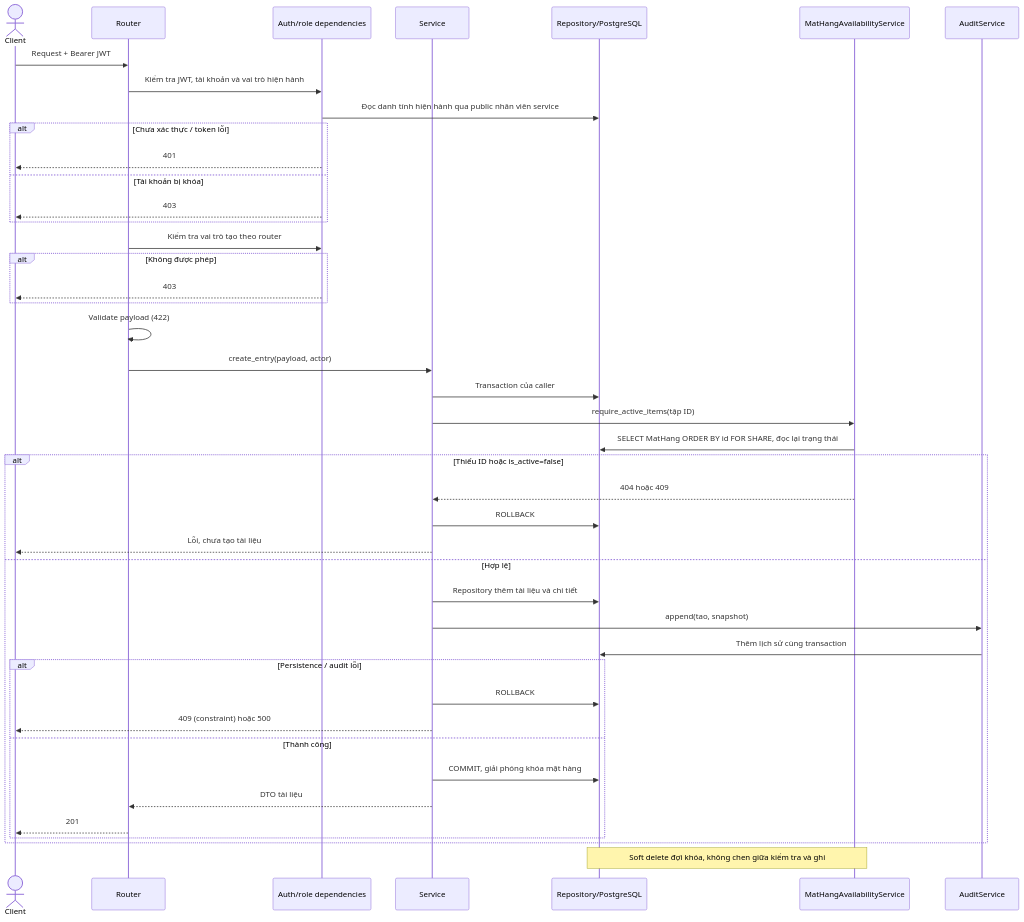
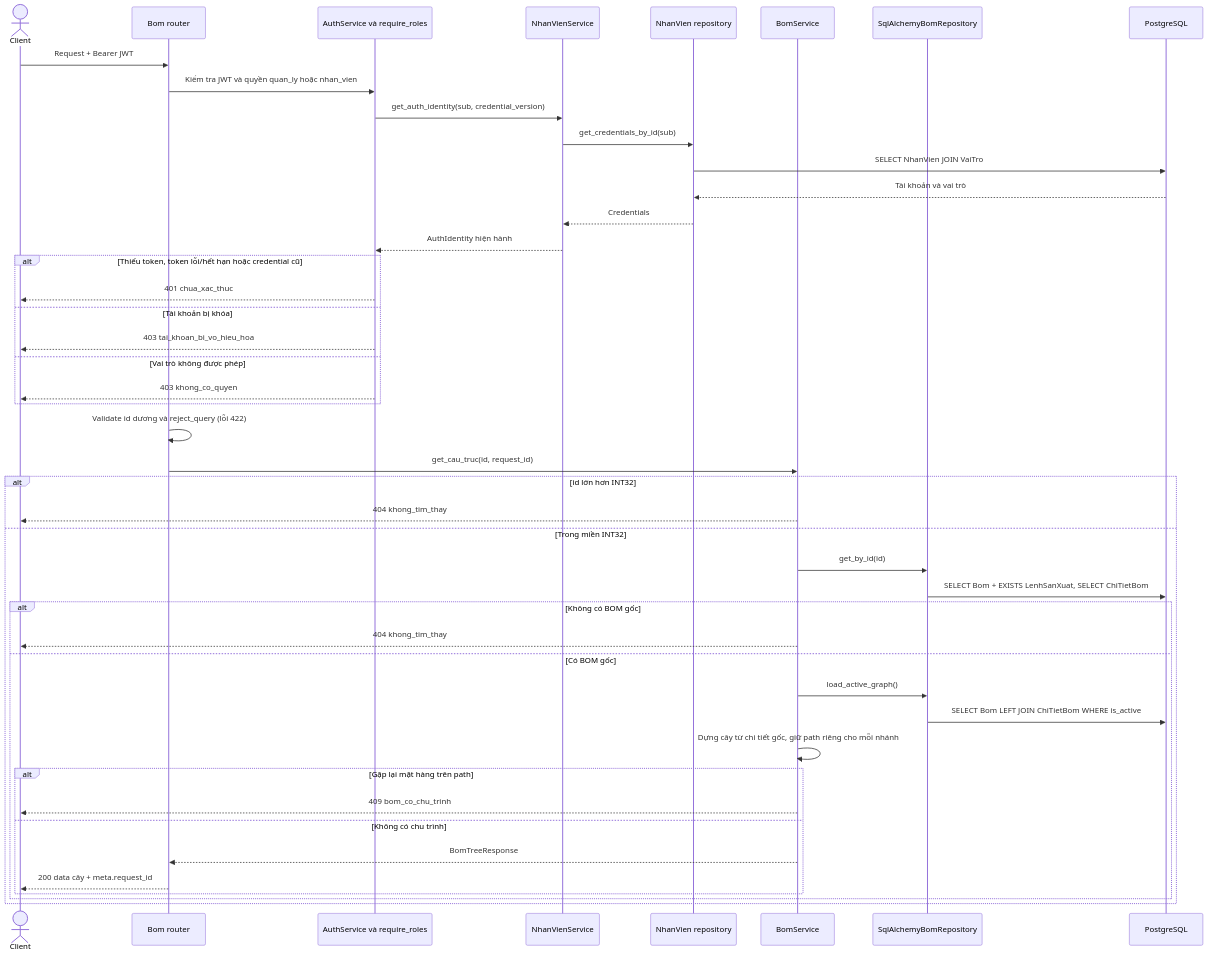
One commit to thanhklt/xbike-mrp-system changed the third of 6 diagrams in docs/sequence/bom.md. Above: the diagram before and after it, drawn with Mermaid. The commit also changed other lines of this file and 9 other files, not shown here.

Commit message:
chore: fix mermaid sequence syntax

````diff
--- a/docs/sequence/bom.md
+++ b/docs/sequence/bom.md
@@ -71,45 +110,47 @@
 ```mermaid
 sequenceDiagram
-actor C as Client
-    participant R as Router
-    participant A as Auth/role dependencies
-    participant S as Service
-    participant D as Repository/PostgreSQL
+    actor C as Client
+    participant R as Bom router
+    participant A as AuthService và require_roles
+    participant N as NhanVienService
+    participant NR as NhanVien repository
+    participant S as BomService
+    participant B as SqlAlchemyBomRepository
+    participant P as PostgreSQL
     C->>R: Request + Bearer JWT
-    R->>A: Kiểm tra JWT, tài khoản và vai trò hiện hành
-    A->>D: Đọc danh tính hiện hành qua public nhân viên service
-    alt Chưa xác thực / token lỗi
-        A-->>C: 401
+    R->>A: Kiểm tra JWT và quyền quan_ly hoặc nhan_vien
+    A->>N: get_auth_identity(sub, credential_version)
+    N->>NR: get_credentials_by_id(sub)
+    NR->>P: SELECT NhanVien JOIN VaiTro
+    P-->>NR: Tài khoản và vai trò
+    NR-->>N: Credentials
+    N-->>A: AuthIdentity hiện hành
+    alt Thiếu token, token lỗi/hết hạn hoặc credential cũ
+        A-->>C: 401 chua_xac_thuc
     else Tài khoản bị khóa
-        A-->>C: 403
+        A-->>C: 403 tai_khoan_bi_vo_hieu_hoa
+    else Vai trò không được phép
+        A-->>C: 403 khong_co_quyen
     end
-    R->>A: Kiểm tra vai trò tạo theo router
-    alt Không được phép
-        A-->>C: 403
-    end
-    R->>R: Validate payload (422)
-    R->>S: create_entry(payload, actor)
-    participant G as MatHangAvailabilityService
-    participant U as AuditService
-    S->>D: Transaction của caller
-    S->>G: require_active_items(tập ID)
-    G->>D: SELECT MatHang ORDER BY id FOR SHARE, đọc lại trạng thái
-    alt Thiếu ID hoặc is_active=false
-        G-->>S: 404 hoặc 409
-        S->>D: ROLLBACK
-        S-->>C: Lỗi, chưa tạo tài liệu
-    else Hợp lệ
-        S->>D: Repository thêm tài liệu và chi tiết
-        S->>U: append(tao, snapshot)
-        U->>D: Thêm lịch sử cùng transaction
-        alt Persistence / audit lỗi
-            S->>D: ROLLBACK
-            S-->>C: 409 (constraint) hoặc 500
-        else Thành công
-            S->>D: COMMIT, giải phóng khóa mặt hàng
-            S-->>R: DTO tài liệu
-            R-->>C: 201
+    R->>R: Validate id dương và reject_query (lỗi 422)
+    R->>S: get_cau_truc(id, request_id)
+    alt id lớn hơn INT32
+        S-->>C: 404 khong_tim_thay
+    else Trong miền INT32
+        S->>B: get_by_id(id)
+        B->>P: SELECT Bom + EXISTS LenhSanXuat, SELECT ChiTietBom
+        alt Không có BOM gốc
+            S-->>C: 404 khong_tim_thay
+        else Có BOM gốc
+            S->>B: load_active_graph()
+            B->>P: SELECT Bom LEFT JOIN ChiTietBom WHERE is_active
+            S->>S: Dựng cây từ chi tiết gốc, giữ path riêng cho mỗi nhánh
+            alt Gặp lại mặt hàng trên path
+                S-->>C: 409 bom_co_chu_trinh
+            else Không có chu trình
+                S-->>R: BomTreeResponse
+                R-->>C: 200 data cây + meta.request_id
+            end
         end
     end
-    Note over G,D: Soft delete đợi khóa, không chen giữa kiểm tra và ghi
 ```
````
